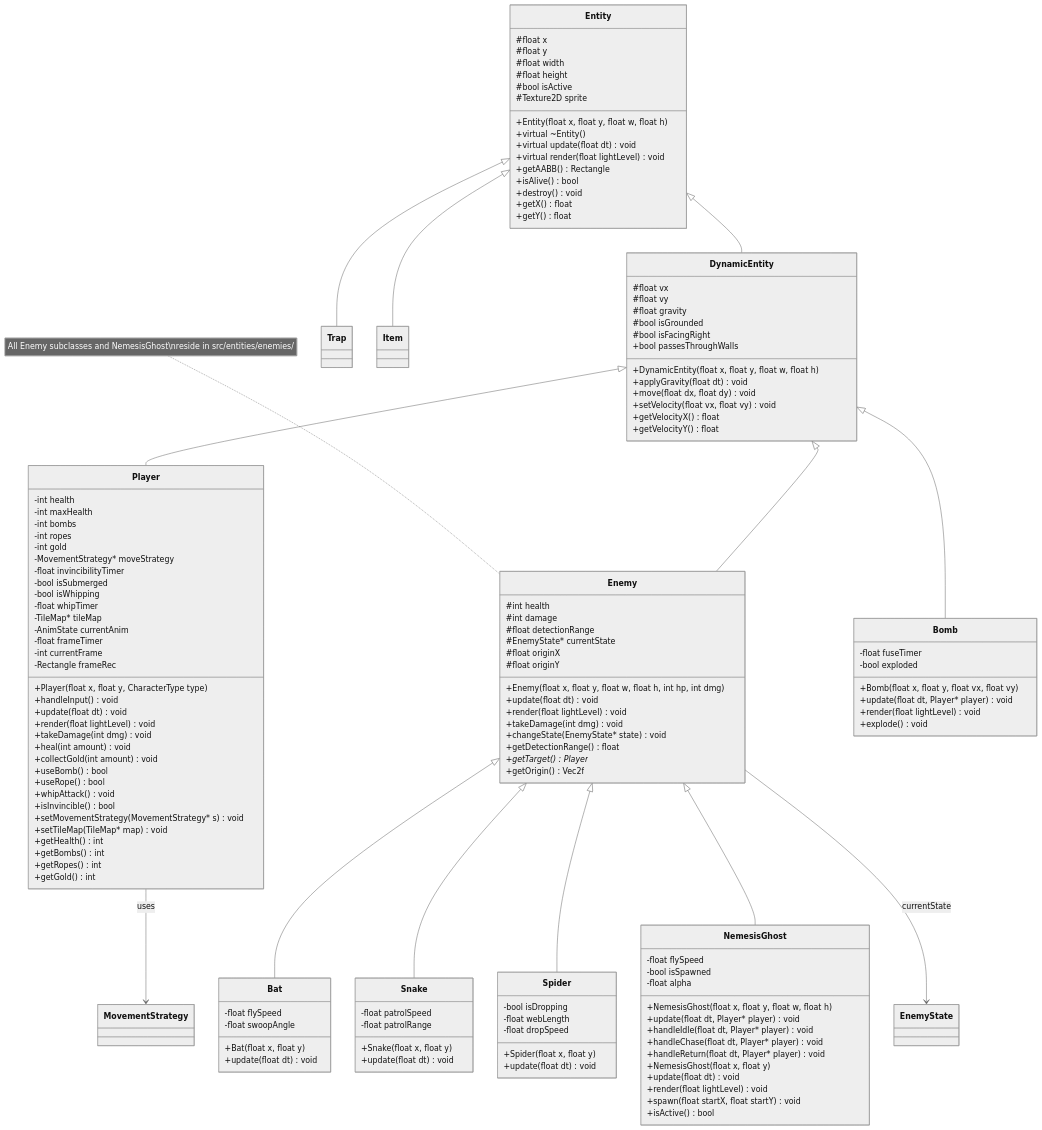
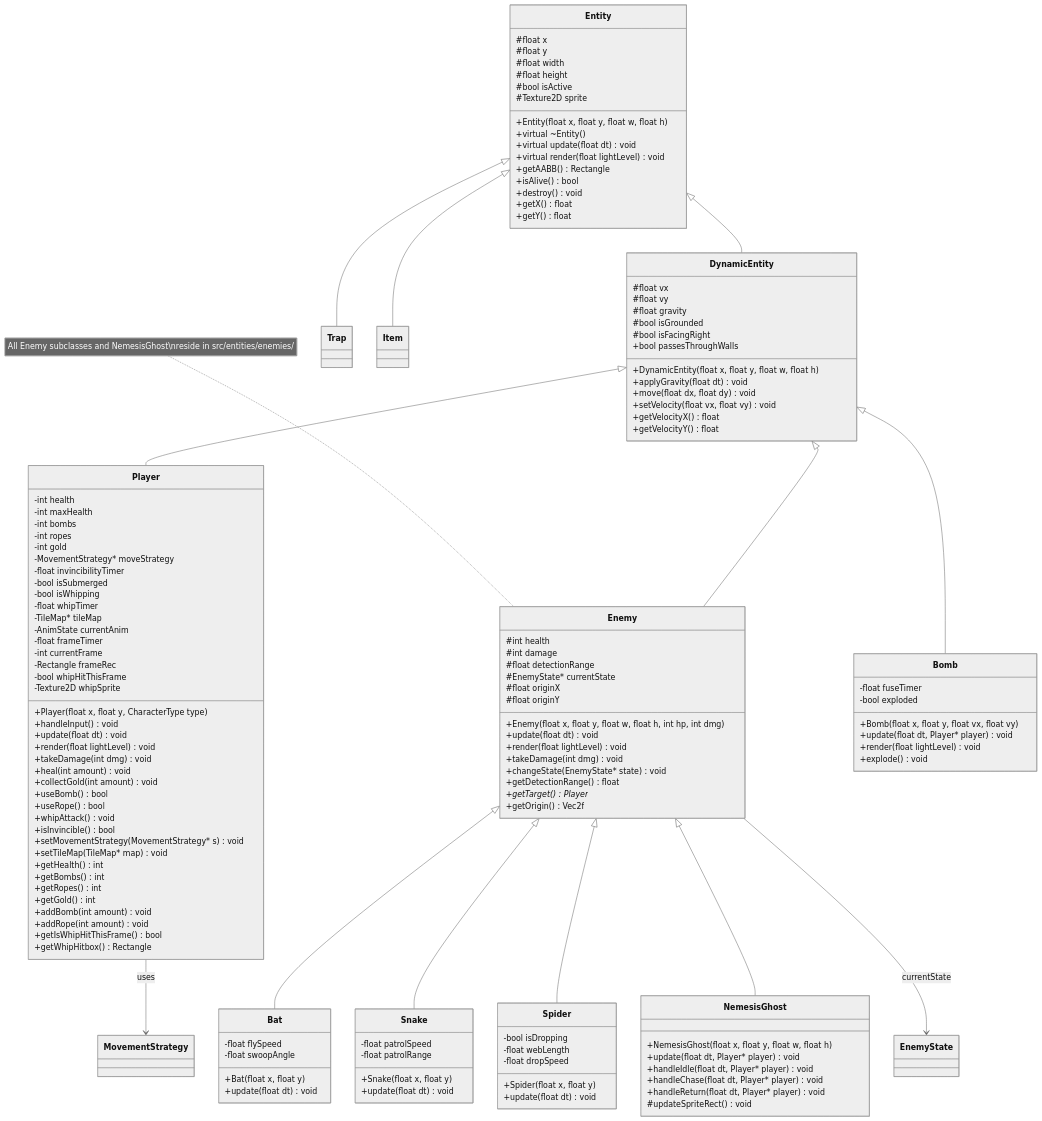
Before and after one commit to Gasmask-Chan/CS202-Cavern-Descent: the second of 8 diagrams in project_plan.md, drawn with Mermaid (neutral theme). The commit also changed 2 other files, not shown here.

Commit message:
fix: lightcasting looks weird

```diff
--- a/project_plan.md
+++ b/project_plan.md
@@ -559,6 +559,8 @@
         -float frameTimer
         -int currentFrame
         -Rectangle frameRec
+        -bool whipHitThisFrame
+        -Texture2D whipSprite
         +Player(float x, float y, CharacterType type)
         +handleInput() void
         +update(float dt) void
@@ -576,6 +578,10 @@
         +getBombs() int
         +getRopes() int
         +getGold() int
+        +addBomb(int amount) void
+        +addRope(int amount) void
+        +getIsWhipHitThisFrame() bool
+        +getWhipHitbox() Rectangle
     }
 
     class Enemy {
@@ -601,6 +607,7 @@
         +handleIdle(float dt, Player* player) void
         +handleChase(float dt, Player* player) void
         +handleReturn(float dt, Player* player) void
+        #updateSpriteRect() void
     }
 
     class Bomb {
@@ -636,16 +643,7 @@
         +update(float dt) void
     }
 
-    class NemesisGhost {
-        -float flySpeed
-        -bool isSpawned
-        -float alpha
-        +NemesisGhost(float x, float y)
-        +update(float dt) void
-        +render(float lightLevel) void
-        +spawn(float startX, float startY) void
-        +isActive() bool
-    }
+
 
     Entity <|-- DynamicEntity
     Entity <|-- Trap
```
